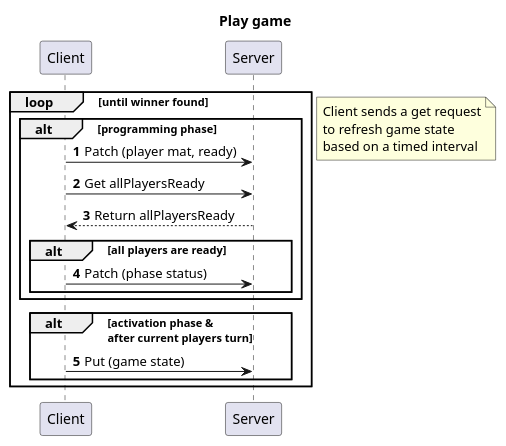
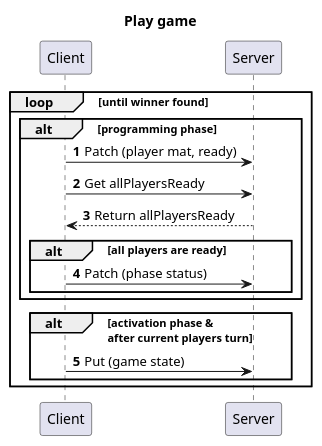
One commit to MarkBidstrup/RoboRally changed the diagram in PlantUML/PlayGameDiagram.puml. Above: the diagram before and after it, drawn with PlantUML. The commit also changed 1 other file, not shown here.

Commit message:
minor changes in diagrams

```diff
--- a/PlantUML/PlayGameDiagram.puml
+++ b/PlantUML/PlayGameDiagram.puml
@@ -1,27 +1,22 @@
 @startuml
 'https://plantuml.com/sequence-diagram
 
 autonumber
 title Play game
 
 loop until winner found
 alt programming phase
 Client -> Server: Patch (player mat, ready)
 Client -> Server: Get allPlayersReady
 Server --> Client: Return allPlayersReady
 alt all players are ready
 Client -> Server: Patch (phase status)
 end
 end
 
 alt activation phase & \nafter current players turn
 Client -> Server: Put (game state)
 end
 end
 
-note left
-Client sends a get request
-to refresh game state
-based on a timed interval
-end note
 @enduml
```
